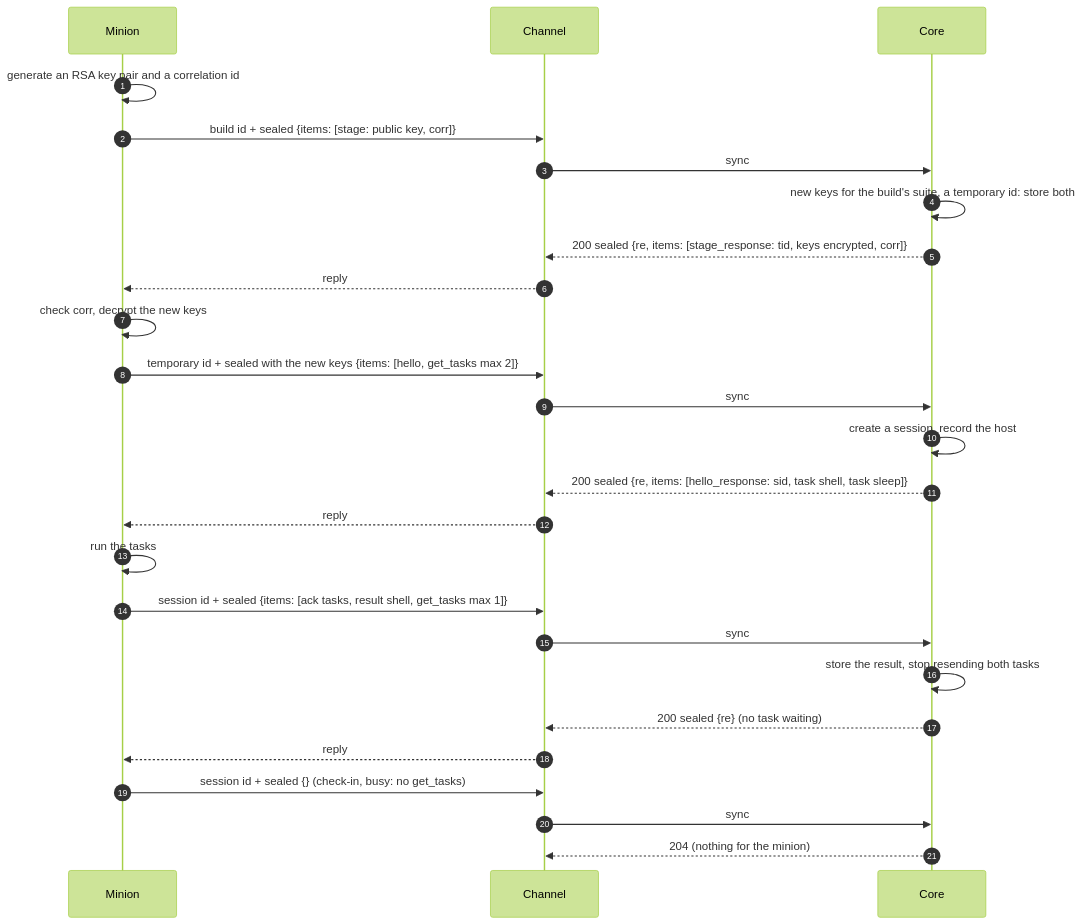
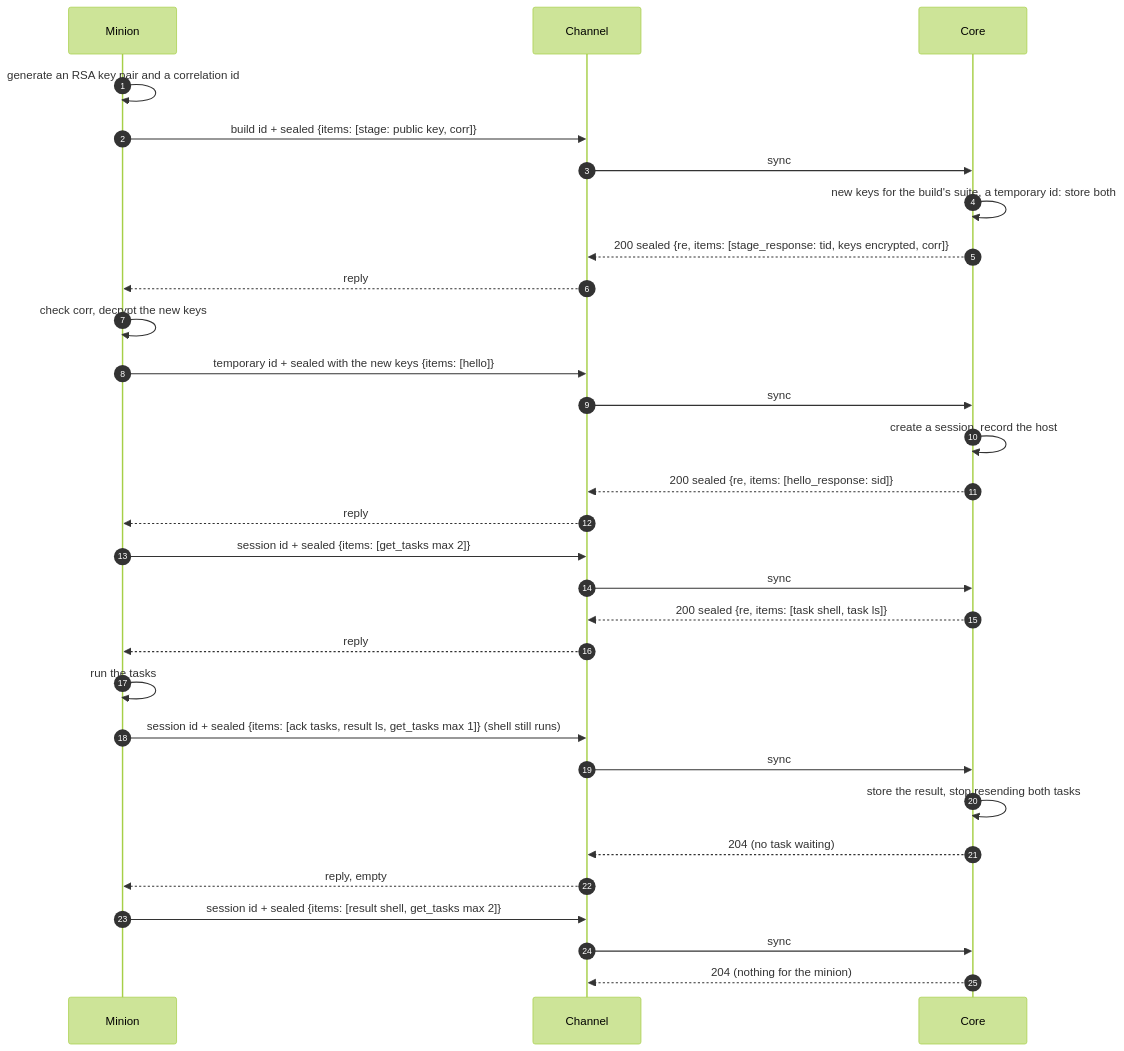
One commit to LogosCore/logos-docs changed the diagram in src/content/docs/contracts/minion-messages/index.md. Above: the diagram before and after it, drawn with Mermaid (forest theme). The commit also changed other lines of this file and 43 other files, not shown here.

````diff
--- a/src/content/docs/contracts/minion-messages/index.md
+++ b/src/content/docs/contracts/minion-messages/index.md
@@ -55,29 +54,33 @@
 ```mermaid
 sequenceDiagram
     autonumber
     participant M as Minion
     participant CH as Channel
     participant C as Core
 
     M->>M: generate an RSA key pair and a correlation id
     M->>CH: build id + sealed {items: [stage: public key, corr]}
     CH->>C: sync
     C->>C: new keys for the build's suite, a temporary id: store both
     C-->>CH: 200 sealed {re, items: [stage_response: tid, keys encrypted, corr]}
     CH-->>M: reply
     M->>M: check corr, decrypt the new keys
-    M->>CH: temporary id + sealed with the new keys {items: [hello, get_tasks max 2]}
+    M->>CH: temporary id + sealed with the new keys {items: [hello]}
     CH->>C: sync
     C->>C: create a session, record the host
-    C-->>CH: 200 sealed {re, items: [hello_response: sid, task shell, task sleep]}
+    C-->>CH: 200 sealed {re, items: [hello_response: sid]}
+    CH-->>M: reply
+    M->>CH: session id + sealed {items: [get_tasks max 2]}
+    CH->>C: sync
+    C-->>CH: 200 sealed {re, items: [task shell, task ls]}
     CH-->>M: reply
     M->>M: run the tasks
-    M->>CH: session id + sealed {items: [ack tasks, result shell, get_tasks max 1]}
+    M->>CH: session id + sealed {items: [ack tasks, result ls, get_tasks max 1]} (shell still runs)
     CH->>C: sync
     C->>C: store the result, stop resending both tasks
-    C-->>CH: 200 sealed {re} (no task waiting)
-    CH-->>M: reply
-    M->>CH: session id + sealed {} (check-in, busy: no get_tasks)
+    C-->>CH: 204 (no task waiting)
+    CH-->>M: reply, empty
+    M->>CH: session id + sealed {items: [result shell, get_tasks max 2]}
     CH->>C: sync
     C-->>CH: 204 (nothing for the minion)
 ```
````
